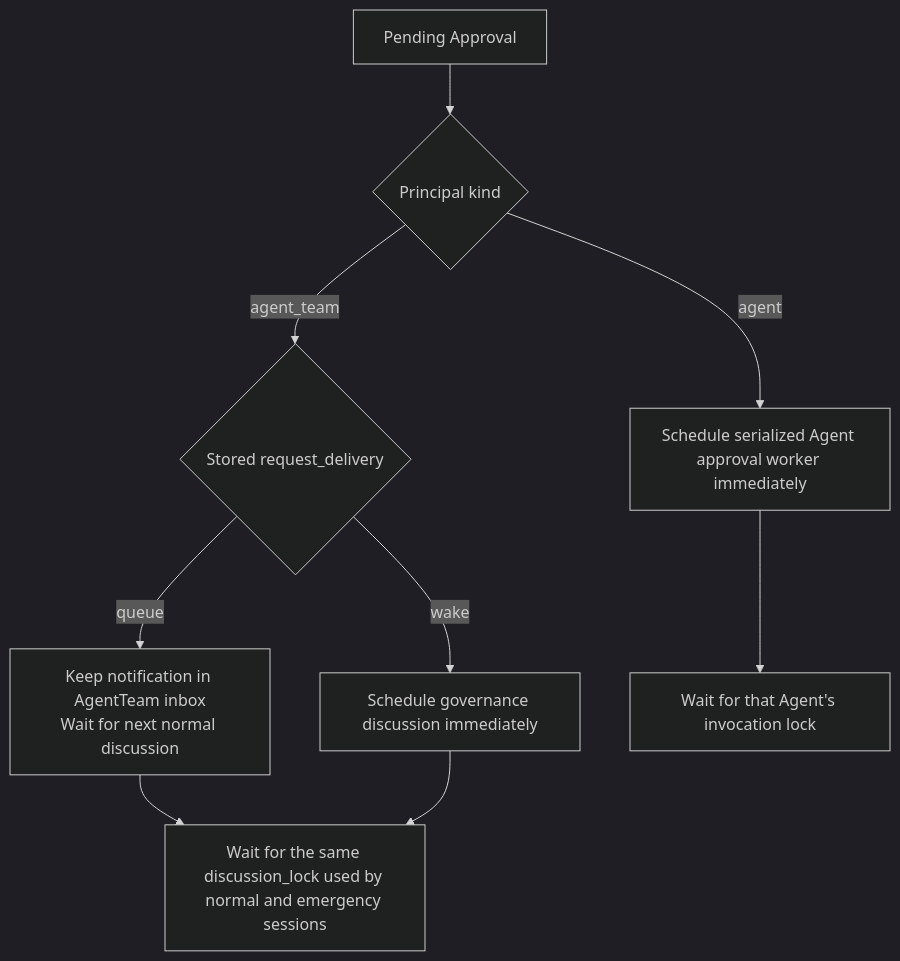
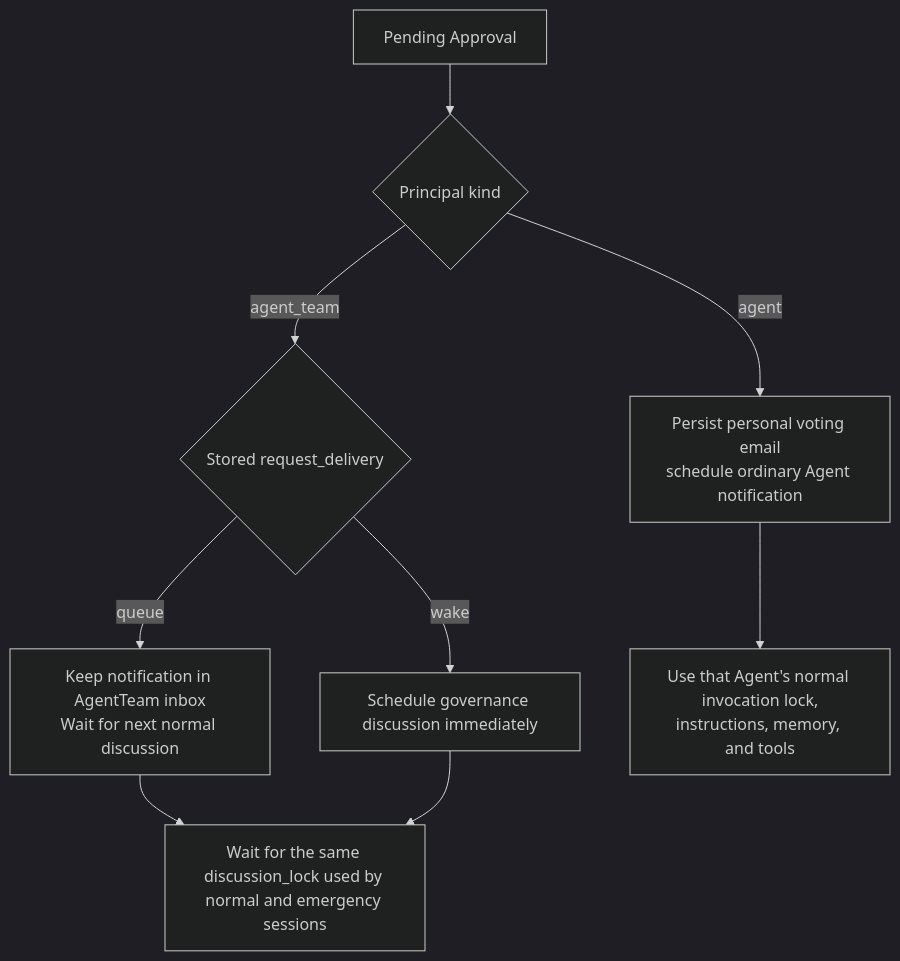
One commit to AI-Team-Team/AI-Team-Team changed the sixth of 13 diagrams in docs/flowcharts/Autonomous_Communication_Governance.md. Above: the diagram before and after it, drawn with Mermaid (dark theme). The commit also changed other lines of this file and 82 other files, not shown here.

First line of the commit message:
feat(governance): route ballots through personal agent inboxes

````diff
--- a/docs/flowcharts/Autonomous_Communication_Governance.md
+++ b/docs/flowcharts/Autonomous_Communication_Governance.md
@@ -153,11 +153,11 @@
 ```mermaid
 flowchart TD
     Approval["Pending Approval"] --> Principal{"Principal kind"}
-    Principal -- "agent" --> AgentWorker["Schedule serialized Agent approval worker immediately"]
+    Principal -- "agent" --> AgentWorker["Persist personal voting email<br/>schedule ordinary Agent notification"]
     Principal -- "agent_team" --> Delivery{"Stored request_delivery"}
     Delivery -- "queue" --> Queue["Keep notification in AgentTeam inbox<br/>Wait for next normal discussion"]
     Delivery -- "wake" --> Wake["Schedule governance discussion immediately"]
     Queue --> TeamLock["Wait for the same discussion_lock used by normal and emergency sessions"]
     Wake --> TeamLock
-    AgentWorker --> AgentLock["Wait for that Agent's invocation lock"]
+    AgentWorker --> AgentLock["Use that Agent's normal invocation lock,<br/>instructions, memory, and tools"]
 ```
````
